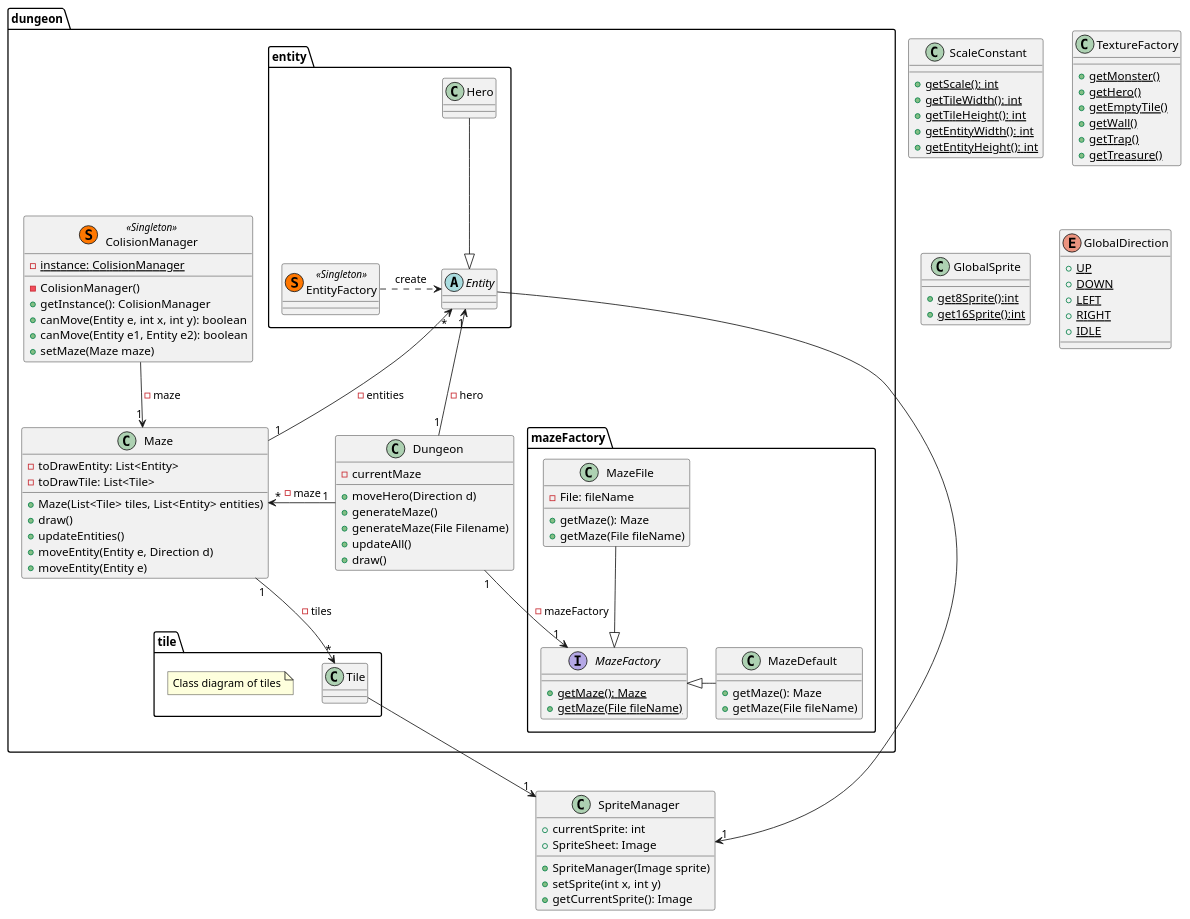
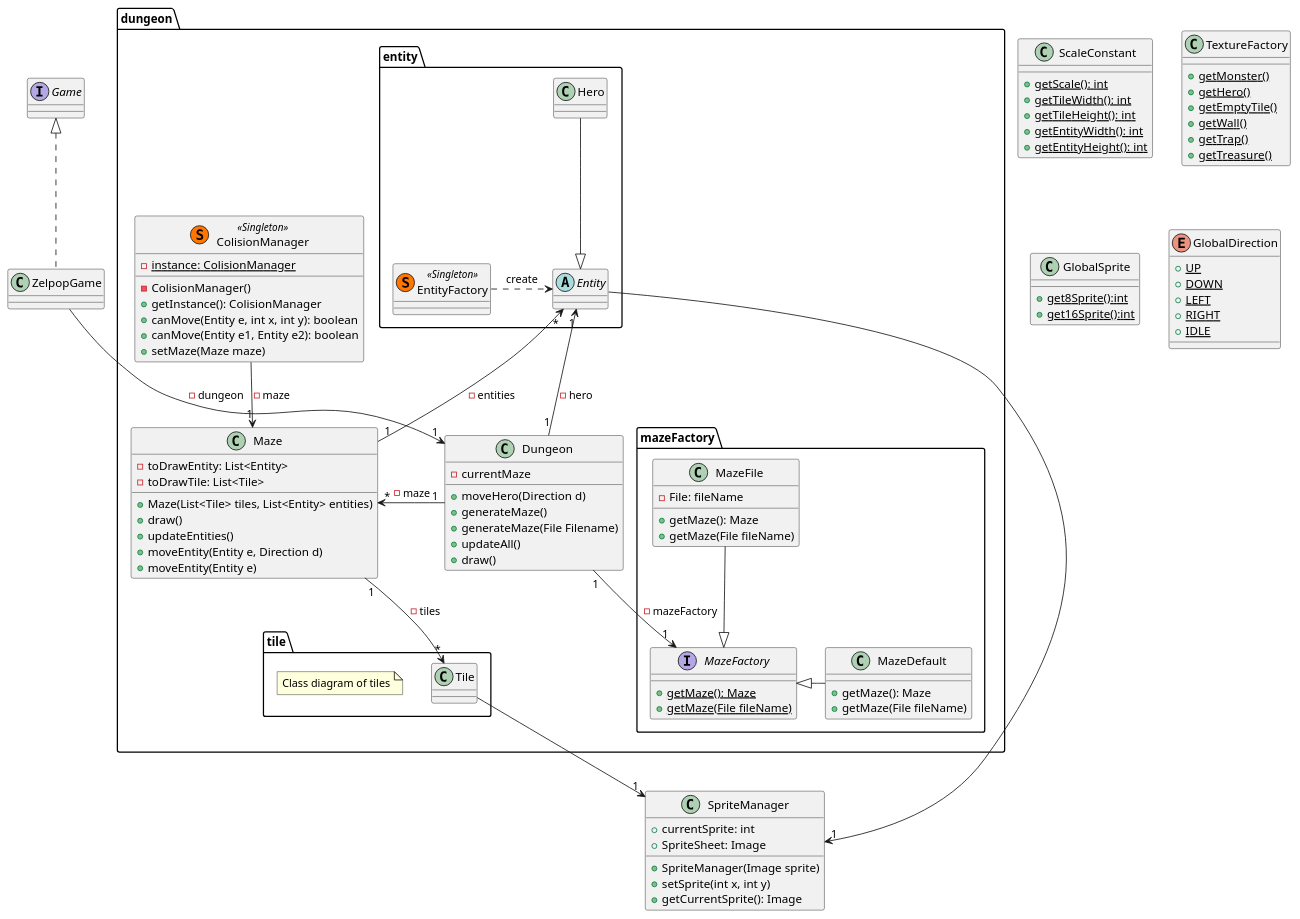
Before and after one commit to Reynault/ACL_2019_Zelpop: the diagram in doc/first_sprint/diagrams/puml/class/global.puml, drawn with PlantUML.

Commit message:
First Sprint : Update diagrams (global class)

```diff
--- a/doc/first_sprint/diagrams/puml/class/global.puml
+++ b/doc/first_sprint/diagrams/puml/class/global.puml
@@ -1,137 +1,148 @@
 @startuml
+
+class ZelpopGame{
+
+}
+
+interface Game{
+
+}
 
 package dungeon{
 
     class Dungeon{
         - currentMaze
         + moveHero(Direction d)
         + generateMaze()
         + generateMaze(File Filename)
         + updateAll()
         + draw()
     }
 
     class Maze{
         - toDrawEntity: List<Entity>
         - toDrawTile: List<Tile>
         + Maze(List<Tile> tiles, List<Entity> entities)
         + draw()
         + updateEntities()
         + moveEntity(Entity e, Direction d)
         + moveEntity(Entity e)
     }
 
     package tile{
 
         class Tile{
 
         }
 
         note "Class diagram of tiles" as N1
 
     }
 
     package entity{
 
         abstract Entity{
 
         }
 
         class Hero{
 
         }
 
         class EntityFactory << (S,#FF7700) Singleton >>{
 
         }
 
     }
 
     class ColisionManager << (S,#FF7700) Singleton >>{
         - {static} instance: ColisionManager
         - ColisionManager()
         + getInstance(): ColisionManager
         + canMove(Entity e, int x, int y): boolean
         + canMove(Entity e1, Entity e2): boolean
         + setMaze(Maze maze)
     }
 
     ColisionManager --> "1" Maze: -maze
 
     package mazeFactory{
 
         interface MazeFactory{
             + {static}getMaze(): Maze
             + {static}getMaze(File fileName)
         }
 
         class MazeFile{
             - File: fileName
             + getMaze(): Maze
             + getMaze(File fileName)
         }
 
         class MazeDefault{
             + getMaze(): Maze
             + getMaze(File fileName)
         }
 
     }
 
 }
 
 class ScaleConstant{
     + {static} getScale(): int
     + {static} getTileWidth(): int
     + {static} getTileHeight(): int
     + {static} getEntityWidth(): int
     + {static} getEntityHeight(): int
 }
 
 class TextureFactory{
     + {static}getMonster()
     + {static}getHero()
     + {static}getEmptyTile()
     + {static}getWall()
     + {static}getTrap()
     + {static}getTreasure()
 }
 
 class SpriteManager{
     + currentSprite: int
     + SpriteSheet: Image
     + SpriteManager(Image sprite)
     + setSprite(int x, int y)
     + getCurrentSprite(): Image
 }
 
 class GlobalSprite{
     + {static} get8Sprite():int
     + {static} get16Sprite():int
 }
 
 enum GlobalDirection{
     + {static} UP
     + {static} DOWN
     + {static} LEFT
     + {static} RIGHT
     + {static} IDLE
 }
 
 MazeDefault -left-|> MazeFactory
 Dungeon "1" -left-> "*" Maze: -maze
 Dungeon "1" --> "1" MazeFactory: -mazeFactory
 Maze "1" --> "*" Tile: -tiles
 Maze "1" -up-> "*" Entity: -entities
 
 EntityFactory .right.> Entity : create
 
+ZelpopGame .up.|> Game
+ZelpopGame --> "1" Dungeon: -dungeon
+
 Hero --|> Entity
 Dungeon "1" --> "1" Entity : -hero
 
 MazeFile --|> MazeFactory
 
 Tile --> "1" SpriteManager
 Entity -right-> "1" SpriteManager
 
 @enduml
```
